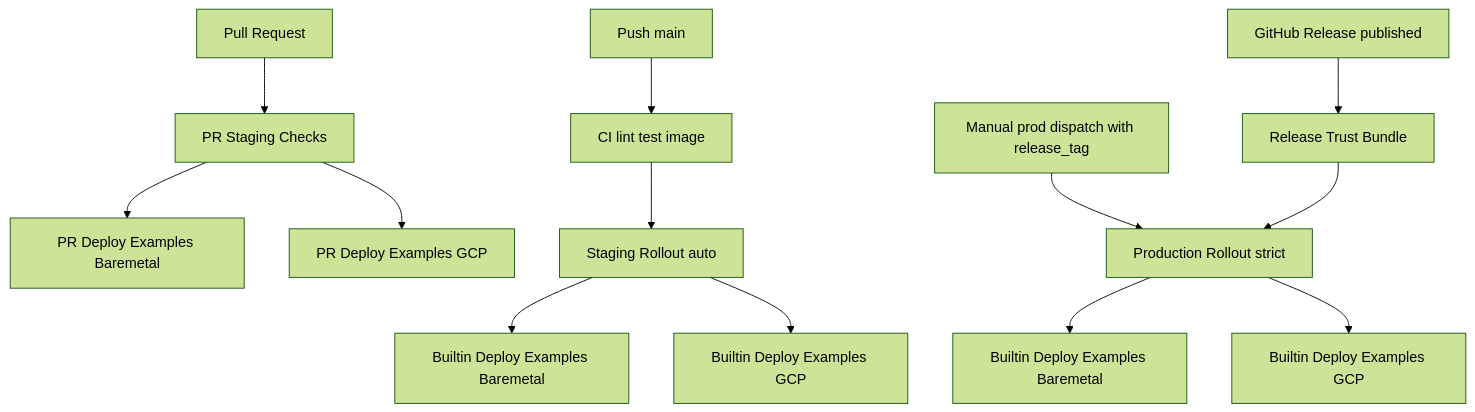
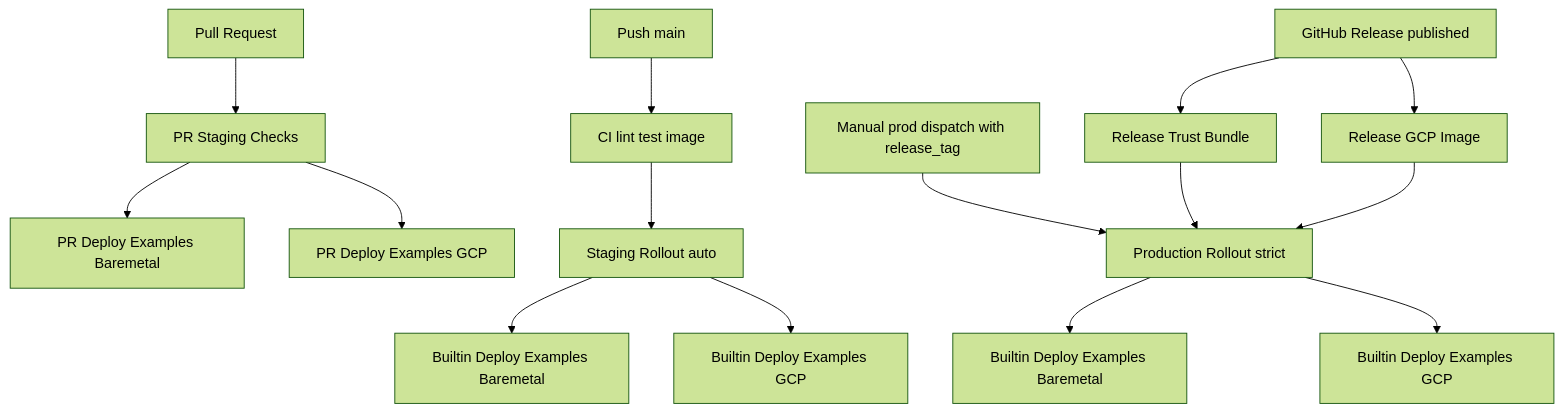
The diagram in docs/CI_CD_NETWORKS.md (easyenclave/easyenclave), drawn with Mermaid (forest theme) before and after one commit. The commit also changed other lines of this file and 9 other files, not shown here.

Commit message:
release: pin production to release-tagged gcp image assets

````diff
--- a/docs/CI_CD_NETWORKS.md
+++ b/docs/CI_CD_NETWORKS.md
@@ -14,15 +14,17 @@
 ```mermaid
 flowchart TD
     PR["Pull Request"] --> PRCHK["PR Staging Checks"]
     PRCHK --> PRBM["PR Deploy Examples Baremetal"]
     PRCHK --> PRGCP["PR Deploy Examples GCP"]
     MAIN["Push main"] --> CI["CI lint test image"]
     CI --> STG["Staging Rollout auto"]
     STG --> BM["Builtin Deploy Examples Baremetal"]
     STG --> GCP["Builtin Deploy Examples GCP"]
     REL["GitHub Release published"] --> RTB["Release Trust Bundle"]
+    REL --> RGI["Release GCP Image"]
     MANUAL["Manual prod dispatch with release_tag"] --> PROD["Production Rollout strict"]
     RTB --> PROD
+    RGI --> PROD
     PROD --> PBM["Builtin Deploy Examples Baremetal"]
     PROD --> PGCP["Builtin Deploy Examples GCP"]
 ```
````
